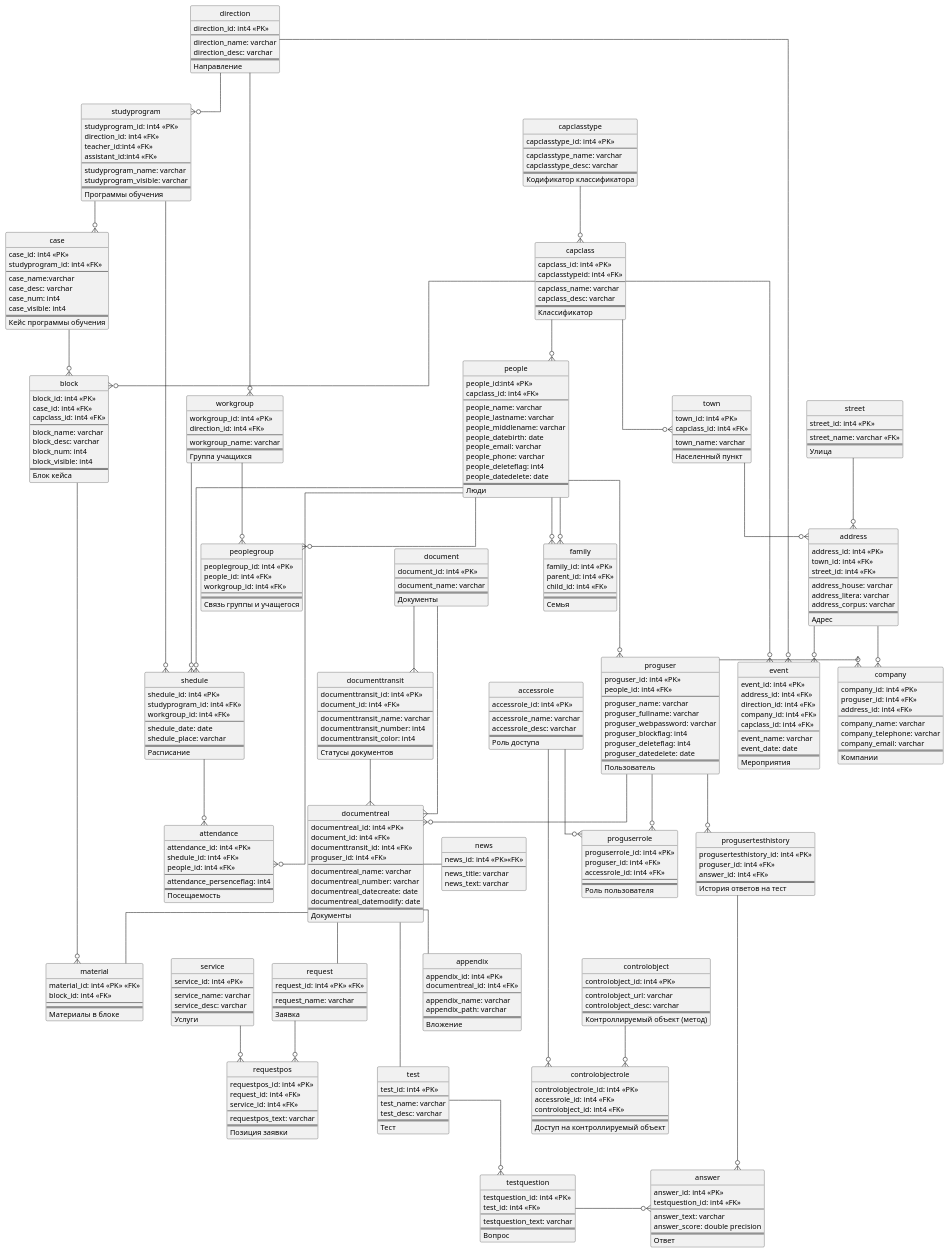
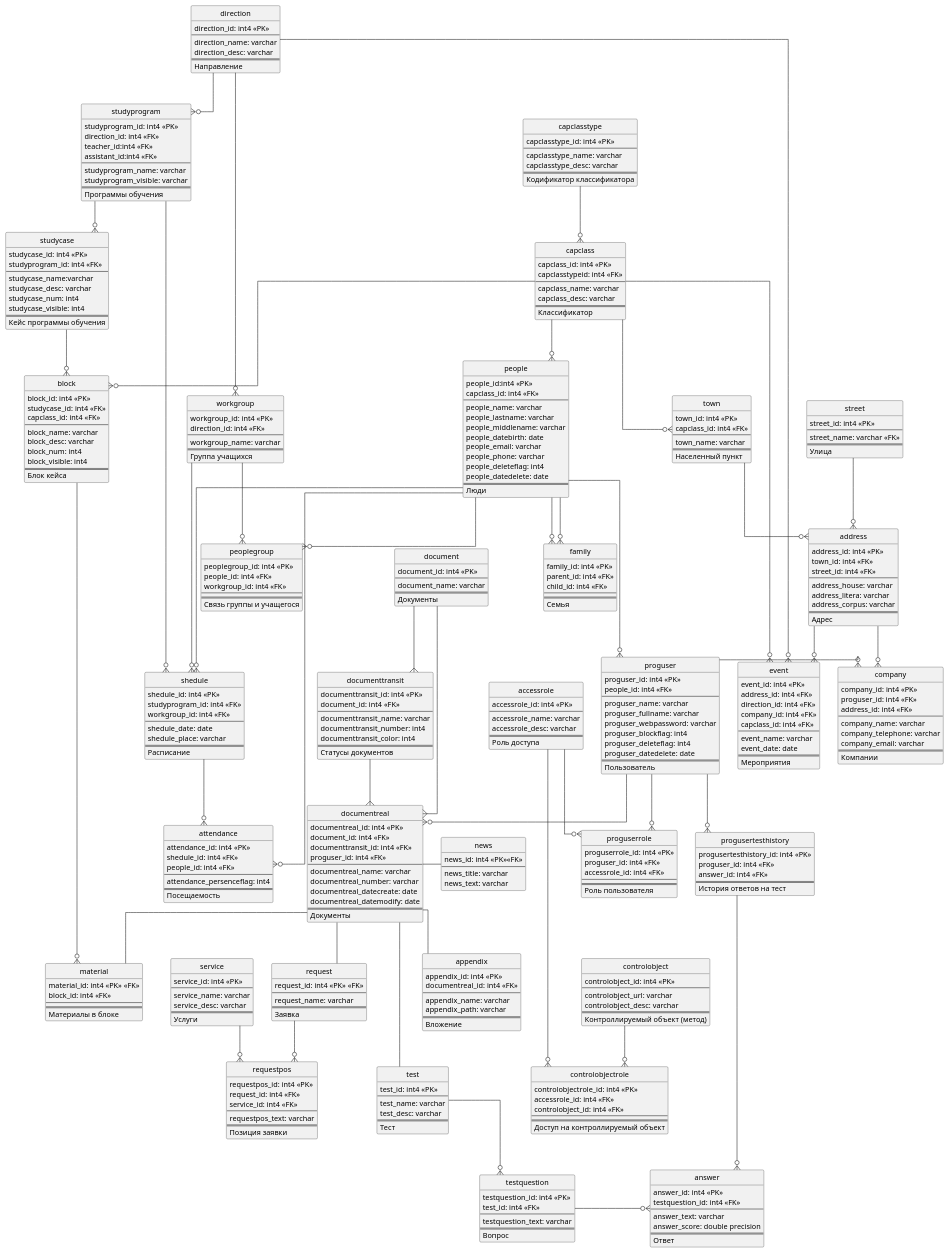
The diagram in docs/er-diagram.puml (Skeletoshka/spring-core-backend), drawn with PlantUML before and after one commit.

Commit message:
case на studycase

```diff
--- a/docs/er-diagram.puml
+++ b/docs/er-diagram.puml
@@ -71,20 +71,20 @@
     ==
     Программы обучения
 }
-entity case{
-    case_id: int4 <<PK>>
+entity studycase{
+    studycase_id: int4 <<PK>>
     studyprogram_id: int4 <<FK>>
     --
-    case_name:varchar
-    case_desc: varchar
-    case_num: int4
-    case_visible: int4
+    studycase_name:varchar
+    studycase_desc: varchar
+    studycase_num: int4
+    studycase_visible: int4
     ==
     Кейс программы обучения
 }
 entity block{
     block_id: int4 <<PK>>
-    case_id: int4 <<FK>>
+    studycase_id: int4 <<FK>>
     capclass_id: int4 <<FK>>
     --
     block_name: varchar
@@ -338,8 +338,8 @@
 workgroup--o{peoplegroup
 people--o{peoplegroup
 direction--o{studyprogram
-studyprogram--o{case
-case--o{block
+studyprogram--o{studycase
+studycase--o{block
 documentreal-- appendix
 proguser--o{documentreal
 people---o{proguser
```
